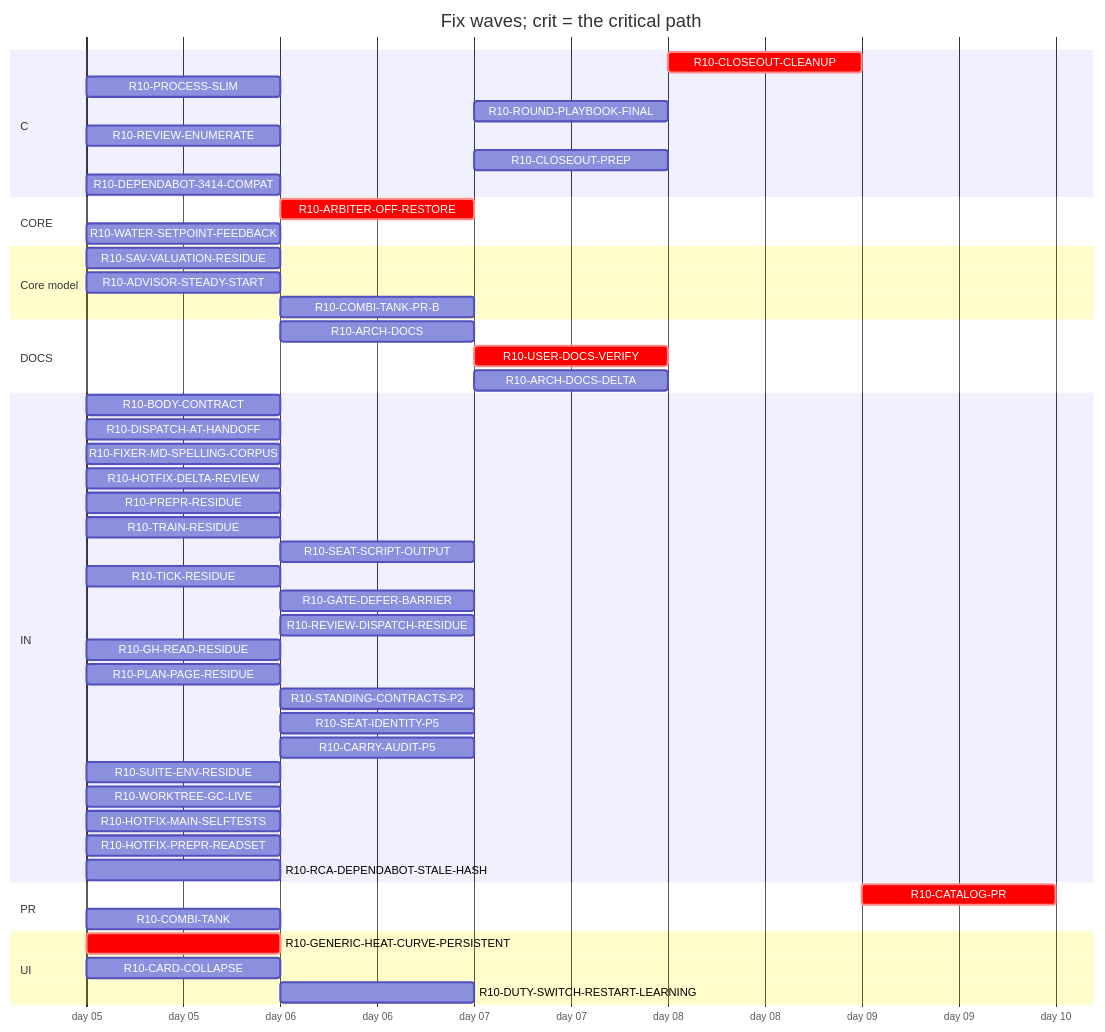
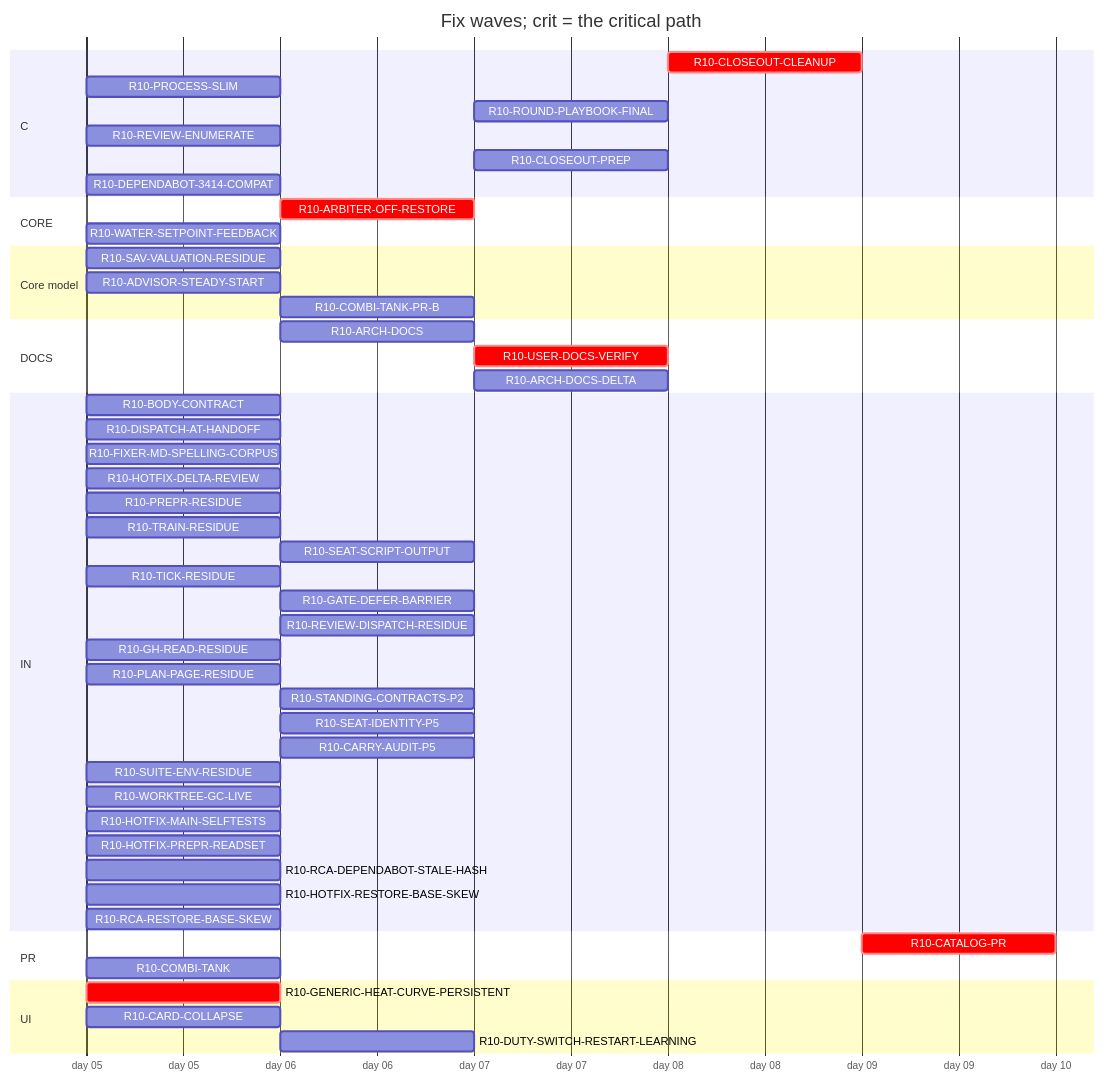
The diagram in handoff/round10/state/PLAN-TABLE.md (tvofi/heatpump_optimizer), drawn with Mermaid before and after one commit. The commit also changed other lines of this file and 4 other files, not shown here.

Commit message:
state: FLOW-BOARD.md, NEXT-SESSION-PROMPT.md, PLAN-TABLE.md, PLAN.html, RESUME-CURRENT.md regenerated (state_docs.py)

````diff
--- a/handoff/round10/state/PLAN-TABLE.md
+++ b/handoff/round10/state/PLAN-TABLE.md
@@ -20,52 +20,54 @@
 ```mermaid
 gantt
   title Fix waves; crit = the critical path
   dateFormat YYYY-MM-DD
   axisFormat day %d
   section C
     R10-CLOSEOUT-CLEANUP :crit, r10CLOSEOUTCLEANUP, after r10ARCHDOCS r10USERDOCSVERIFY r10ROUNDPLAYBOOKFINAL r10CLOSEOUTPREP r10ARCHDOCSDELTA, 1d
     R10-PROCESS-SLIM :r10PROCESSSLIM, 2026-01-05, 1d
     R10-ROUND-PLAYBOOK-FINAL :r10ROUNDPLAYBOOKFINAL, after r10DISPATCHATHANDOFF r10BODYCONTRACT r10PROCESSSLIM r10FIXERMDSPELLINGCORPUS r10PREPRRESIDUE r10SEATSCRIPTOUTPUT r10REVIEWDISPATCHRESIDUE r10CARRYAUDITP5 r10TICKRESIDUE r10SEATIDENTITYP5 r10STANDINGCONTRACTSP2 r10PLANPAGERESIDUE r10TRAINRESIDUE r10GHREADRESIDUE r10SUITEENVRESIDUE r10GATEDEFERBARRIER r10WORKTREEGCLIVE, 1d
     R10-REVIEW-ENUMERATE :r10REVIEWENUMERATE, 2026-01-05, 1d
     R10-CLOSEOUT-PREP :r10CLOSEOUTPREP, after r10ARCHDOCS r10DISPATCHATHANDOFF r10BODYCONTRACT r10PROCESSSLIM r10FIXERMDSPELLINGCORPUS r10PREPRRESIDUE r10SEATSCRIPTOUTPUT r10REVIEWDISPATCHRESIDUE r10CARRYAUDITP5 r10TICKRESIDUE r10SEATIDENTITYP5 r10STANDINGCONTRACTSP2 r10PLANPAGERESIDUE r10TRAINRESIDUE r10GHREADRESIDUE r10SUITEENVRESIDUE r10GATEDEFERBARRIER r10WORKTREEGCLIVE, 1d
     R10-DEPENDABOT-3414-COMPAT :r10DEPENDABOT3414COMPAT, 2026-01-05, 1d
   section CORE
     R10-ARBITER-OFF-RESTORE :crit, r10ARBITEROFFRESTORE, after r10GENERICHEATCURVEPERSISTENT r10WATERSETPOINTFEEDBACK, 1d
     R10-WATER-SETPOINT-FEEDBACK :r10WATERSETPOINTFEEDBACK, 2026-01-05, 1d
   section Core model
     R10-SAV-VALUATION-RESIDUE :r10SAVVALUATIONRESIDUE, 2026-01-05, 1d
     R10-ADVISOR-STEADY-START :r10ADVISORSTEADYSTART, 2026-01-05, 1d
     R10-COMBI-TANK-PR-B :r10COMBITANKPRB, after r10COMBITANK, 1d
   section DOCS
     R10-ARCH-DOCS :r10ARCHDOCS, after r10DISPATCHATHANDOFF r10BODYCONTRACT r10PROCESSSLIM, 1d
     R10-USER-DOCS-VERIFY :crit, r10USERDOCSVERIFY, after r10GENERICHEATCURVEPERSISTENT r10ARBITEROFFRESTORE r10COMBITANK, 1d
     R10-ARCH-DOCS-DELTA :r10ARCHDOCSDELTA, after r10ARCHDOCS r10GENERICHEATCURVEPERSISTENT r10ARBITEROFFRESTORE r10COMBITANK r10SAVVALUATIONRESIDUE r10ADVISORSTEADYSTART r10COMBITANKPRB, 1d
   section IN
     R10-BODY-CONTRACT :r10BODYCONTRACT, 2026-01-05, 1d
     R10-DISPATCH-AT-HANDOFF :r10DISPATCHATHANDOFF, 2026-01-05, 1d
     R10-FIXER-MD-SPELLING-CORPUS :r10FIXERMDSPELLINGCORPUS, 2026-01-05, 1d
     R10-HOTFIX-DELTA-REVIEW :r10HOTFIXDELTAREVIEW, 2026-01-05, 1d
     R10-PREPR-RESIDUE :r10PREPRRESIDUE, 2026-01-05, 1d
     R10-TRAIN-RESIDUE :r10TRAINRESIDUE, 2026-01-05, 1d
     R10-SEAT-SCRIPT-OUTPUT :r10SEATSCRIPTOUTPUT, after r10TRAINRESIDUE, 1d
     R10-TICK-RESIDUE :r10TICKRESIDUE, 2026-01-05, 1d
     R10-GATE-DEFER-BARRIER :r10GATEDEFERBARRIER, after r10TRAINRESIDUE r10TICKRESIDUE, 1d
     R10-REVIEW-DISPATCH-RESIDUE :r10REVIEWDISPATCHRESIDUE, after r10DISPATCHATHANDOFF r10REVIEWENUMERATE r10HOTFIXDELTAREVIEW r10PROCESSSLIM, 1d
     R10-GH-READ-RESIDUE :r10GHREADRESIDUE, 2026-01-05, 1d
     R10-PLAN-PAGE-RESIDUE :r10PLANPAGERESIDUE, 2026-01-05, 1d
     R10-STANDING-CONTRACTS-P2 :r10STANDINGCONTRACTSP2, after r10FIXERMDSPELLINGCORPUS, 1d
     R10-SEAT-IDENTITY-P5 :r10SEATIDENTITYP5, after r10TICKRESIDUE, 1d
     R10-CARRY-AUDIT-P5 :r10CARRYAUDITP5, after r10BODYCONTRACT, 1d
     R10-SUITE-ENV-RESIDUE :r10SUITEENVRESIDUE, 2026-01-05, 1d
     R10-WORKTREE-GC-LIVE :r10WORKTREEGCLIVE, 2026-01-05, 1d
     R10-HOTFIX-MAIN-SELFTESTS :r10HOTFIXMAINSELFTESTS, 2026-01-05, 1d
     R10-HOTFIX-PREPR-READSET :r10HOTFIXPREPRREADSET, 2026-01-05, 1d
     R10-RCA-DEPENDABOT-STALE-HASH :r10RCADEPENDABOTSTALEHASH, 2026-01-05, 1d
+    R10-HOTFIX-RESTORE-BASE-SKEW :r10HOTFIXRESTOREBASESKEW, 2026-01-05, 1d
+    R10-RCA-RESTORE-BASE-SKEW :r10RCARESTOREBASESKEW, 2026-01-05, 1d
   section PR
     R10-CATALOG-PR :crit, r10CATALOGPR, after r10USERDOCSVERIFY r10ARCHDOCS r10ROUNDPLAYBOOKFINAL r10CLOSEOUTCLEANUP r10CLOSEOUTPREP r10ARCHDOCSDELTA, 1d
     R10-COMBI-TANK :r10COMBITANK, 2026-01-05, 1d
   section UI
     R10-GENERIC-HEAT-CURVE-PERSISTENT :crit, r10GENERICHEATCURVEPERSISTENT, 2026-01-05, 1d
     R10-CARD-COLLAPSE :r10CARDCOLLAPSE, 2026-01-05, 1d
     R10-DUTY-SWITCH-RESTART-LEARNING :r10DUTYSWITCHRESTARTLEARNING, after r10WATERSETPOINTFEEDBACK, 1d
 ```
````
